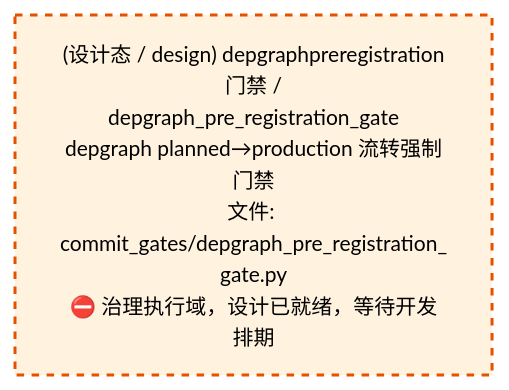
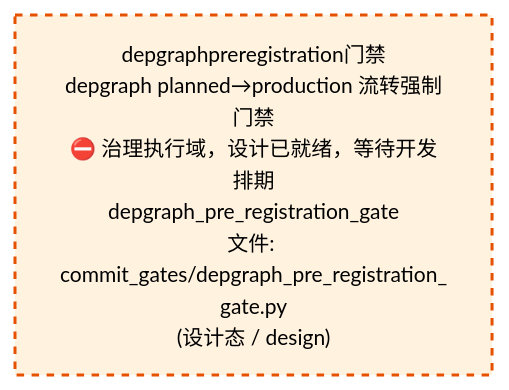
One commit to xuanFelixVan/ZephyrAlpha changed the third of 4 diagrams in docs/02_enterprise_architecture/02_domain_architecture_docs/53_d_gov_enforcement.md. Above: the diagram before and after it, drawn with Mermaid. The commit also changed other lines of this file and 62 other files, not shown here.

````diff
--- a/docs/02_enterprise_architecture/02_domain_architecture_docs/53_d_gov_enforcement.md
+++ b/docs/02_enterprise_architecture/02_domain_architecture_docs/53_d_gov_enforcement.md
@@ -342,10 +342,10 @@
 ```mermaid
 %%{init: {'theme': 'base', 'themeVariables': {'primaryColor': '#eaeaea', 'primaryTextColor': '#333333', 'primaryBorderColor': '#666666', 'lineColor': '#666666', 'secondaryColor': '#eaeaea', 'tertiaryColor': '#eaeaea', 'fontSize': '14px'}}}%%
 flowchart TD
-    src_zephyr_gov_enforcement_commit_gates_depgraph_pre_registration_gate_py["(设计态 / design) depgraphpreregistration门禁 /<br/>depgraph_pre_registration_gate<br/>depgraph planned→production 流转强制门禁<br/>文件: commit_gates/depgraph_pre_registration_<br/>gate.py<br/>⛔ 治理执行域，设计已就绪，等待开发排期"]
+    src_zephyr_gov_enforcement_commit_gates_depgraph_pre_registration_gate_py["depgraphpreregistration门禁<br/>depgraph planned→production 流转强制门禁<br/>⛔ 治理执行域，设计已就绪，等待开发排期<br/>depgraph_pre_registration_gate<br/>文件: commit_gates/depgraph_pre_registration_<br/>gate.py<br/>(设计态 / design)"]
     classDef production fill:#e1f5fe,stroke:#01579b,stroke-width:2px,color:#000
     classDef design fill:#fff3e0,stroke:#e65100,stroke-width:2px,color:#000,stroke-dasharray: 5 5
     classDef external_prod fill:#e8f4fd,stroke:#0277bd,stroke-width:1px,color:#000
     classDef external_design fill:#fff8e7,stroke:#ef6c00,stroke-width:1px,color:#000,stroke-dasharray: 5 5
     class src_zephyr_gov_enforcement_commit_gates_depgraph_pre_registration_gate_py design
 ```
````
